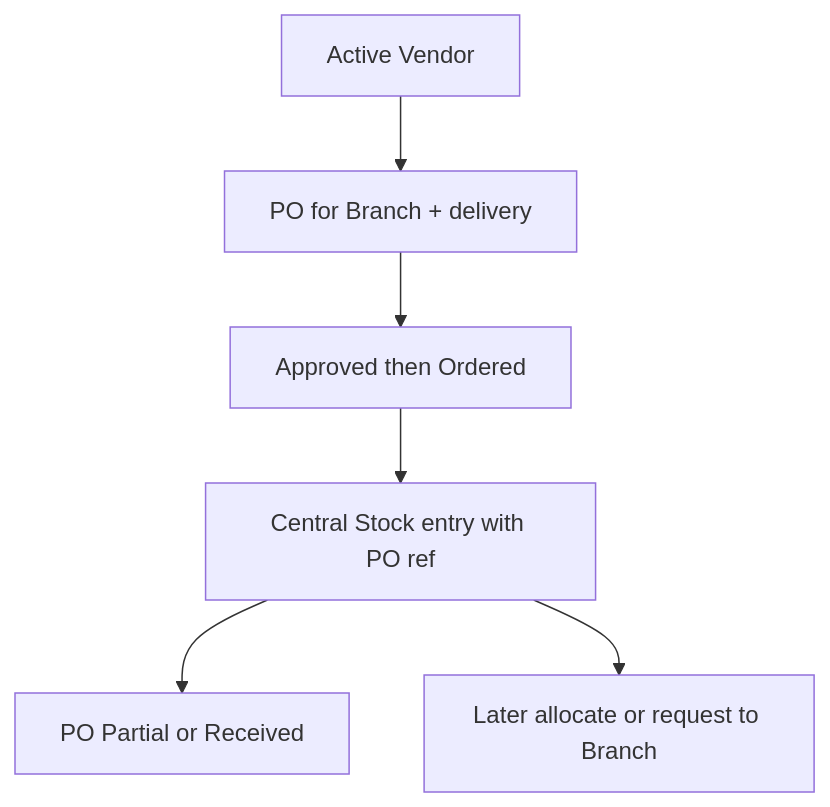
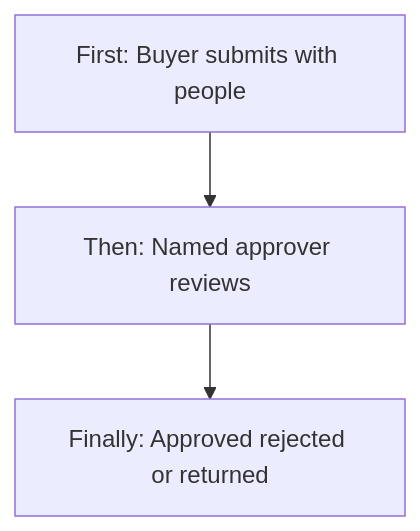
The fifth of 10 diagrams in v0_final_docs/purchase-order-management.md (Aurifex-Innovations/ERP_docs), drawn with Mermaid before and after one commit. The commit also changed other lines of this file, not shown here.

````diff
--- a/v0_final_docs/purchase-order-management.md
+++ b/v0_final_docs/purchase-order-management.md
@@ -188,8 +371,5 @@
 ```mermaid
 flowchart TD
-  vendor["Active Vendor"] --> po["PO for Branch + delivery"]
-  po --> ordered["Approved then Ordered"]
-  ordered --> central["Central Stock entry with PO ref"]
-  central --> poStatus["PO Partial or Received"]
-  central --> allocate["Later allocate or request to Branch"]
+  submitBd["First: Buyer submits with people"] --> inboxBd["Then: Named approver reviews"]
+  inboxBd --> decideBd["Finally: Approved rejected or returned"]
 ```
````
